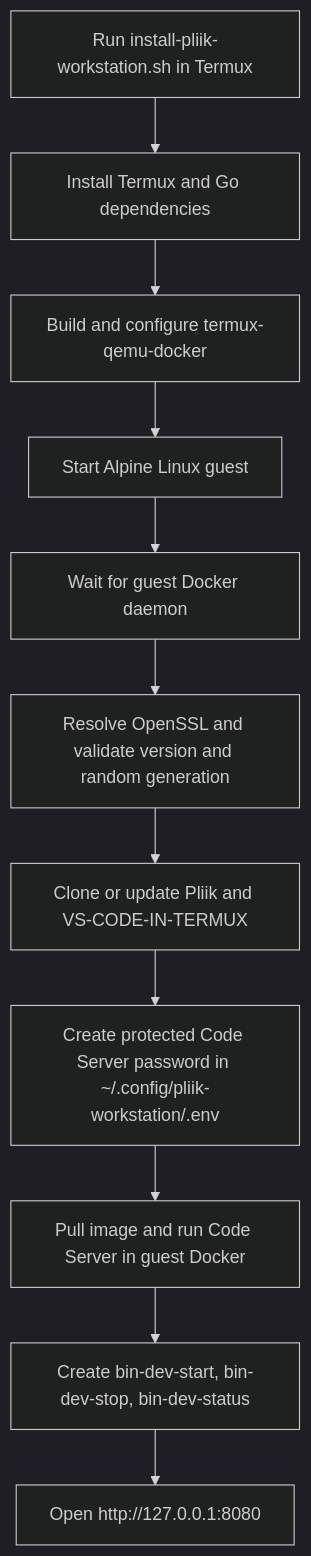
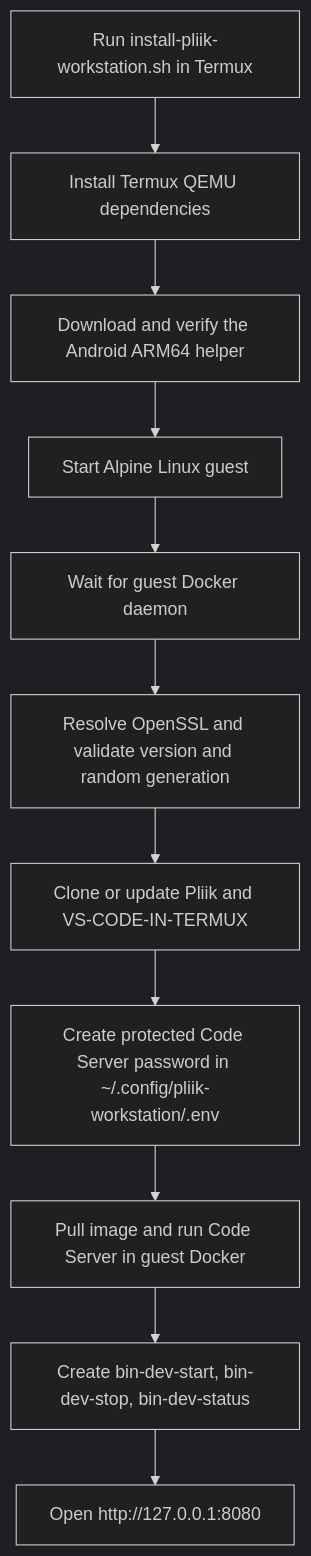
Before and after one commit to mutualendemic/pliik: the second of 2 diagrams in ARCHITECTURE.md, drawn with Mermaid (dark theme). The commit also changed other lines of this file and 2 other files, not shown here.

Commit message:
Use verified Termux QEMU release binary

````diff
--- a/ARCHITECTURE.md
+++ b/ARCHITECTURE.md
@@ -44,16 +44,16 @@
 ```mermaid
 flowchart TD
     Start[Run install-pliik-workstation.sh in Termux]
-    Dependencies[Install Termux and Go dependencies]
-    Build[Build and configure termux-qemu-docker]
+    Dependencies[Install Termux QEMU dependencies]
+    Helper[Download and verify the Android ARM64 helper]
     Guest[Start Alpine Linux guest]
     Docker[Wait for guest Docker daemon]
     OpenSSL[Resolve OpenSSL and validate version and random generation]
     Checkout[Clone or update Pliik and VS-CODE-IN-TERMUX]
     Secret[Create protected Code Server password in ~/.config/pliik-workstation/.env]
     Deploy[Pull image and run Code Server in guest Docker]
     Commands[Create bin-dev-start, bin-dev-stop, bin-dev-status]
     Ready[Open http://127.0.0.1:8080]
 
-    Start --> Dependencies --> Build --> Guest --> Docker --> OpenSSL --> Checkout --> Secret --> Deploy --> Commands --> Ready
+    Start --> Dependencies --> Helper --> Guest --> Docker --> OpenSSL --> Checkout --> Secret --> Deploy --> Commands --> Ready
 ```
````
